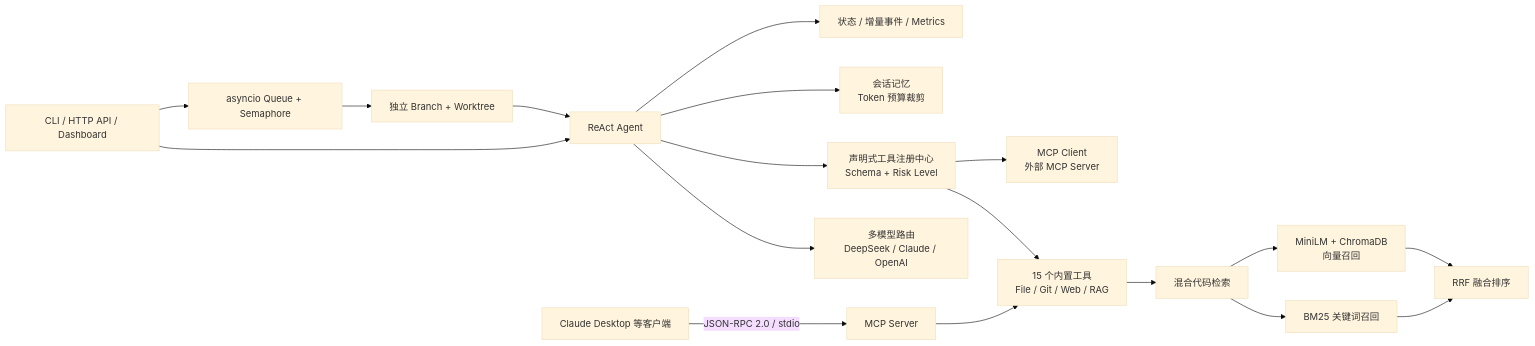
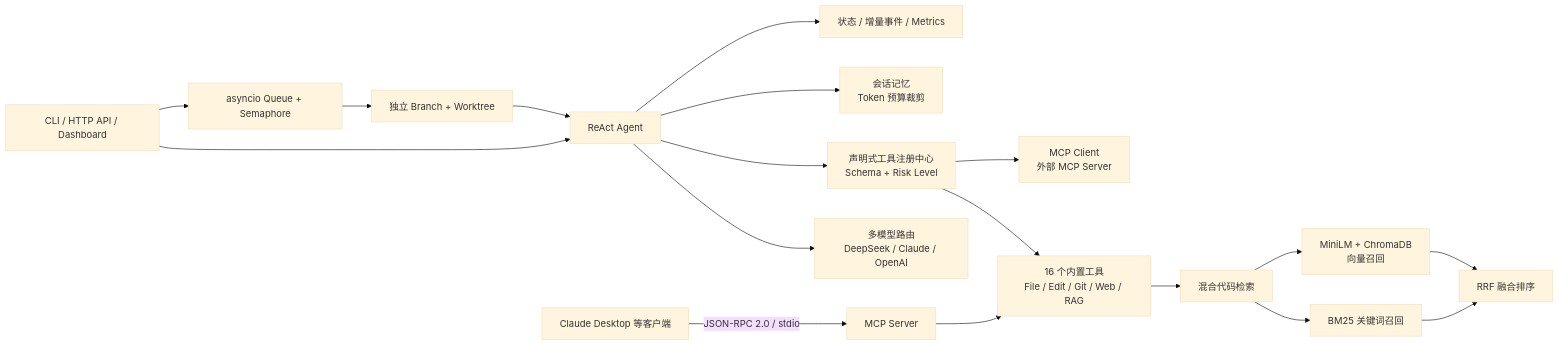
The diagram in README.md (xiaofengche123/codepilot), drawn with Mermaid (base theme) before and after one commit. The commit also changed other lines of this file and 18 other files, not shown here.

````diff
--- a/README.md
+++ b/README.md
@@ -22,23 +23,23 @@
 ```mermaid
 flowchart LR
     U["CLI / HTTP API / Dashboard"] --> A["ReAct Agent"]
     A --> MR["多模型路由<br/>DeepSeek / Claude / OpenAI"]
     A --> TR["声明式工具注册中心<br/>Schema + Risk Level"]
     A --> MEM["会话记忆<br/>Token 预算裁剪"]
 
-    TR --> BUILTIN["15 个内置工具<br/>File / Git / Web / RAG"]
+    TR --> BUILTIN["16 个内置工具<br/>File / Edit / Git / Web / RAG"]
     TR --> MC["MCP Client<br/>外部 MCP Server"]
     MS["Claude Desktop 等客户端"] -->|"JSON-RPC 2.0 / stdio"| MPS["MCP Server"]
     MPS --> BUILTIN
 
     BUILTIN --> RAG["混合代码检索"]
     RAG --> BM25["BM25 关键词召回"]
     RAG --> VECTOR["MiniLM + ChromaDB<br/>向量召回"]
     BM25 --> RRF["RRF 融合排序"]
     VECTOR --> RRF
 
     U --> Q["asyncio Queue + Semaphore"]
     Q --> WT["独立 Branch + Worktree"]
     WT --> A
     A --> EVT["状态 / 增量事件 / Metrics"]
 ```
````
